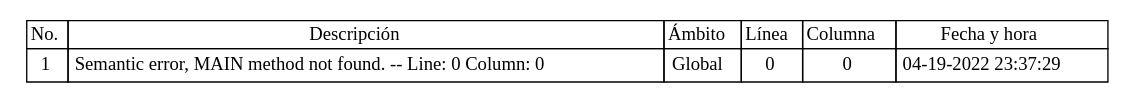
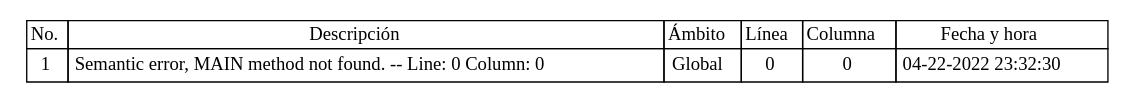
The diagram in Back/Web/tablas/tablaErrores.dot (Jodyannre/COMPI2_proyecto2_2022), drawn with Graphviz before and after one commit. The commit also changed 17 other files, not shown here.

```diff
--- a/Back/Web/tablas/tablaErrores.dot
+++ b/Back/Web/tablas/tablaErrores.dot
@@ -1,36 +1,36 @@
 
 	digraph {
 		tablaSimbolos [
 		  shape=plaintext
 		  label=<
 			<table border='0' cellborder='1' color='black' cellspacing='0'>
 			  <tr>
 				  <td>No.</td>
 				  <td>Descripción</td>
 				  <td>Ámbito</td>
 				  <td>Línea</td>
 				  <td>Columna</td>
 				  <td>Fecha y hora</td>
 			  </tr>
 	
 <tr>
 <td cellpadding='4'>
 1
 </td>
 <td cellpadding='4'>Semantic error, MAIN method not found. -- Line: 0 Column: 0
 </td>
 <td cellpadding='4'>Global
 </td>
 <td cellpadding='4'>0
 </td>
 <td cellpadding='4'>
 0
 </td>
 <td cellpadding='4'>
-04-19-2022 23:37:29
+04-22-2022 23:32:30
 </td>
 </tr>
 
 		</table>
 		>];
 	}
```
